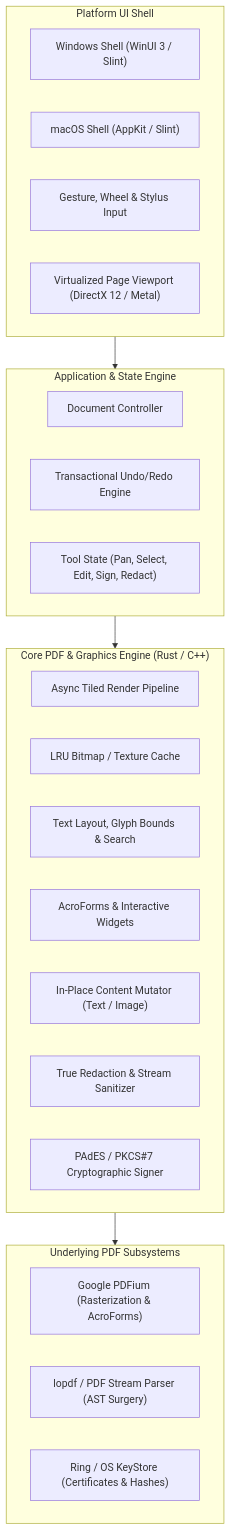
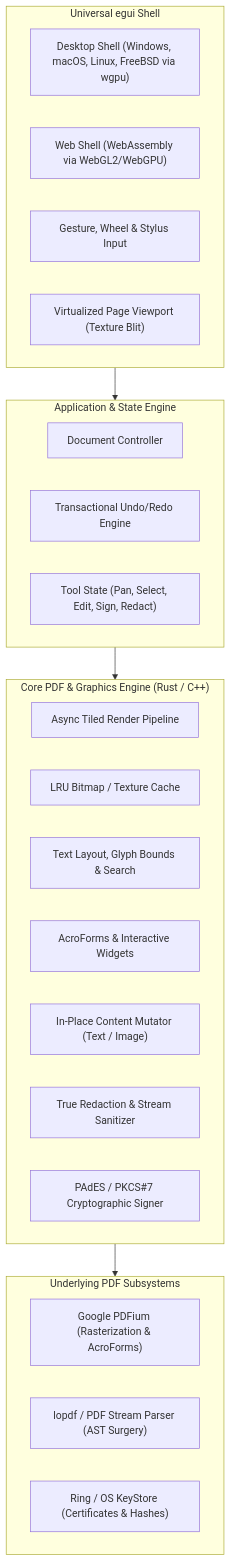
One commit to aitordiaz/kestrel-pdf changed the first of 2 diagrams in docs/architecture.md. Above: the diagram before and after it, drawn with Mermaid. The commit also changed other lines of this file and 15 other files, not shown here.

Commit message:
feat: scaffold kestrel-pdf workspace with egui desktop & WASM frontend and kestrel-core

````diff
--- a/docs/architecture.md
+++ b/docs/architecture.md
@@ -7,35 +7,35 @@
 ```mermaid
 flowchart TD
-    subgraph UI_Layer["Platform UI Shell"]
-        WinUI["Windows Shell (WinUI 3 / Slint)"]
-        MacUI["macOS Shell (AppKit / Slint)"]
+    subgraph UI_Layer["Universal egui Shell"]
+        DesktopUI["Desktop Shell (Windows, macOS, Linux, FreeBSD via wgpu)"]
+        WebUI["Web Shell (WebAssembly via WebGL2/WebGPU)"]
         InputHandler["Gesture, Wheel & Stylus Input"]
-        Viewport["Virtualized Page Viewport (DirectX 12 / Metal)"]
+        Viewport["Virtualized Page Viewport (Texture Blit)"]
     end
 
     subgraph App_Layer["Application & State Engine"]
         DocController["Document Controller"]
         UndoRedo["Transactional Undo/Redo Engine"]
         ToolManager["Tool State (Pan, Select, Edit, Sign, Redact)"]
     end
 
     subgraph Core_Engine["Core PDF & Graphics Engine (Rust / C++)"]
         RenderPipeline["Async Tiled Render Pipeline"]
         TileCache["LRU Bitmap / Texture Cache"]
         TextEngine["Text Layout, Glyph Bounds & Search"]
         FormEngine["AcroForms & Interactive Widgets"]
         MutationEngine["In-Place Content Mutator (Text / Image)"]
         Redactor["True Redaction & Stream Sanitizer"]
         Signer["PAdES / PKCS#7 Cryptographic Signer"]
     end
 
     subgraph Backend_Engines["Underlying PDF Subsystems"]
         PDFium["Google PDFium (Rasterization & AcroForms)"]
         StreamManip["lopdf / PDF Stream Parser (AST Surgery)"]
         Crypto["Ring / OS KeyStore (Certificates & Hashes)"]
     end
 
     UI_Layer --> App_Layer
     App_Layer --> Core_Engine
     Core_Engine --> Backend_Engines
 ```
````
